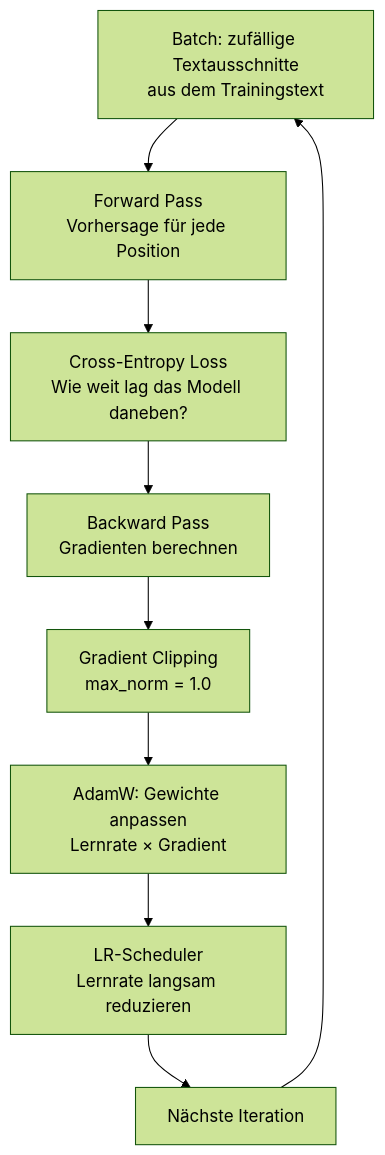
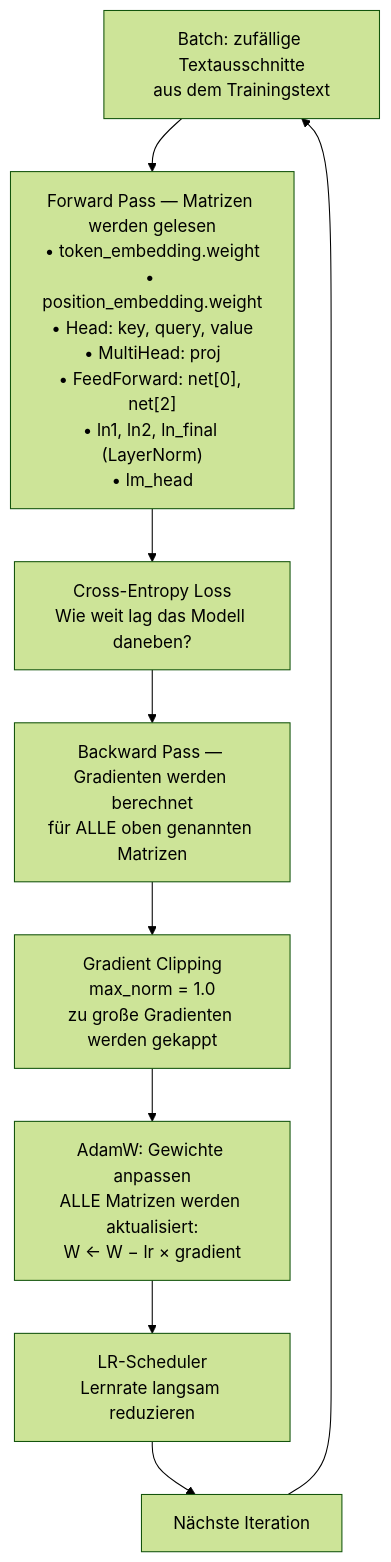
Before and after one commit to eidmanna/mini-llm-transformer: the sixth of 9 diagrams in docs/explainers/how-it-works.md, drawn with Mermaid (forest theme). The commit also changed other lines of this file, not shown here.

````diff
--- a/docs/explainers/how-it-works.md
+++ b/docs/explainers/how-it-works.md
@@ -341,13 +341,13 @@
 ```mermaid
 flowchart TD
     BATCH["Batch: zufällige Textausschnitte\naus dem Trainingstext"]
-    FWD["Forward Pass\nVorhersage für jede Position"]
+    FWD["Forward Pass — Matrizen werden gelesen\n• token_embedding.weight\n• position_embedding.weight\n• Head: key, query, value\n• MultiHead: proj\n• FeedForward: net[0], net[2]\n• ln1, ln2, ln_final (LayerNorm)\n• lm_head"]
     LOSS["Cross-Entropy Loss\nWie weit lag das Modell daneben?"]
-    BWD["Backward Pass\nGradienten berechnen"]
-    CLIP["Gradient Clipping\nmax_norm = 1.0"]
-    OPT["AdamW: Gewichte anpassen\nLernrate × Gradient"]
+    BWD["Backward Pass — Gradienten werden berechnet\nfür ALLE oben genannten Matrizen"]
+    CLIP["Gradient Clipping\nmax_norm = 1.0\nzu große Gradienten werden gekappt"]
+    OPT["AdamW: Gewichte anpassen\nALLE Matrizen werden aktualisiert:\nW ← W − lr × gradient"]
     SCH["LR-Scheduler\nLernrate langsam reduzieren"]
     NEXT["Nächste Iteration"]
 
     BATCH --> FWD --> LOSS --> BWD --> CLIP --> OPT --> SCH --> NEXT --> BATCH
 ```
````
